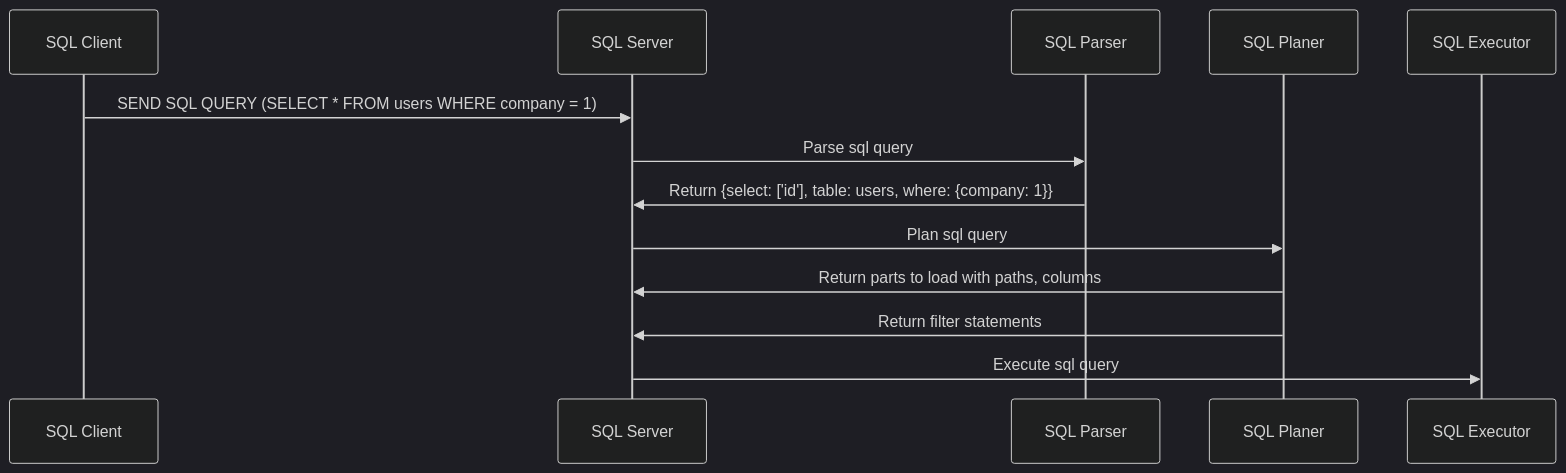
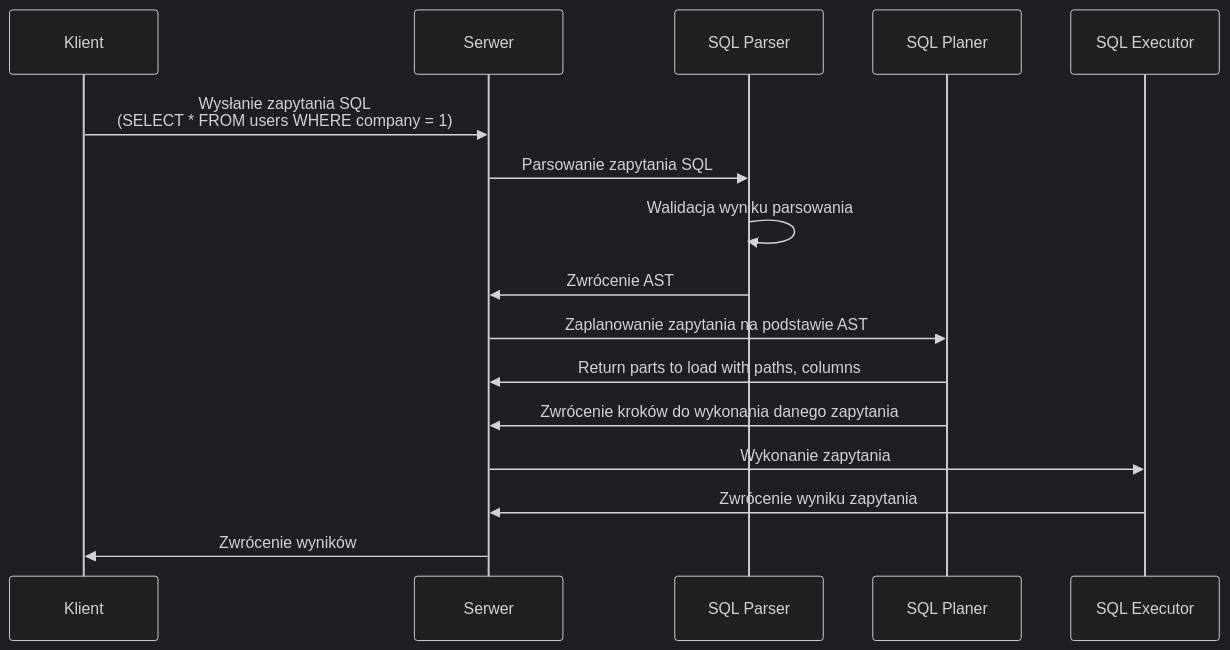
Before and after one commit to adziok/dbun: the second of 2 diagrams in flow.md, drawn with Mermaid (dark theme). The commit also changed 8 other files, not shown here.

````diff
--- a/flow.md
+++ b/flow.md
@@ -21,17 +21,20 @@
 ```mermaid
 sequenceDiagram
-  participant  C as SQL Client
-  participant  S as SQL Server
+  participant  C as Klient
+  participant  S as Serwer
   participant  PQ as SQL Parser
   participant  P as SQL Planer
   participant  E as SQL Executor
   
-  C->>S: SEND SQL QUERY (SELECT * FROM users WHERE company = 1)
-  S->>PQ: Parse sql query
-  PQ->>S: Return {select: ['id'], table: users, where: {company: 1}}
-  S->>P: Plan sql query
+  C->>S: Wysłanie zapytania SQL <br>(SELECT * FROM users WHERE company = 1)
+  S->>PQ: Parsowanie zapytania SQL
+  PQ->>PQ: Walidacja wyniku parsowania
+  PQ->>S: Zwrócenie AST
+  S->>P: Zaplanowanie zapytania na podstawie AST
   P->>S: Return parts to load with paths, columns
-  P->>S: Return filter statements
-  S->>E: Execute sql query
+  P->>S: Zwrócenie kroków do wykonania danego zapytania
+  S->>E: Wykonanie zapytania
+  E->>S: Zwrócenie wyniku zapytania
+  S->>C: Zwrócenie wyników
 
 ```
````
